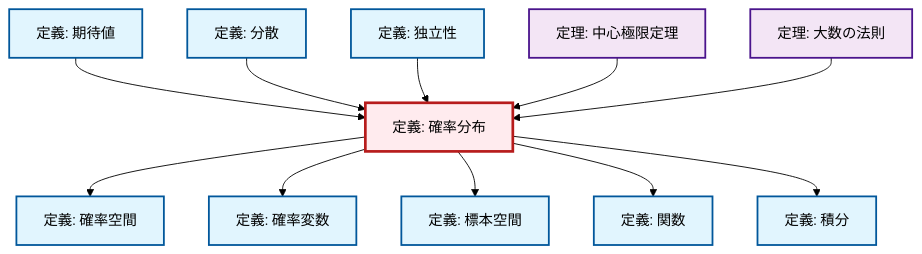
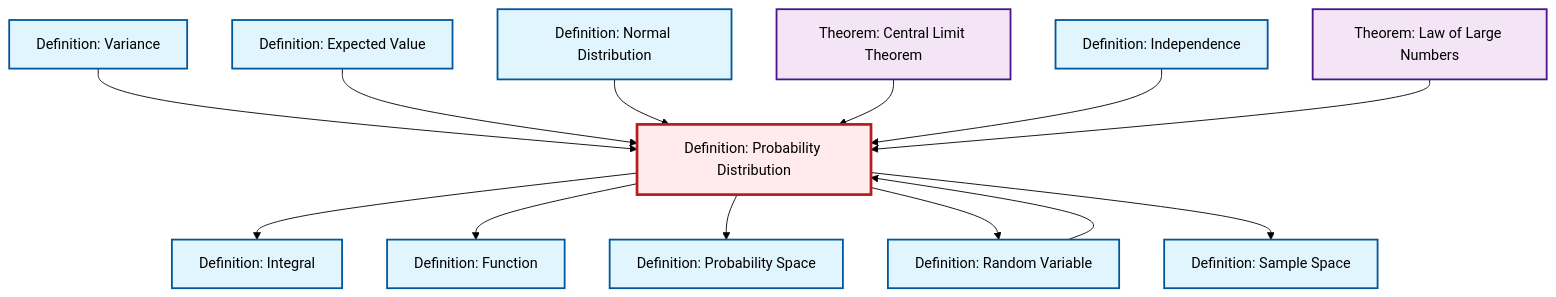
The diagram in content/ja/probability-statistics/def-probability-distribution.qmd (RK0429/ModernMath), drawn with Mermaid (forest theme) before and after one commit. The commit also changed other lines of this file and 634 other files, not shown here.

````diff
--- a/content/ja/probability-statistics/def-probability-distribution.qmd
+++ b/content/ja/probability-statistics/def-probability-distribution.qmd
@@ -100,41 +100,45 @@
 ```{mermaid}
 %%| fig-cap: "Local dependency graph"
 graph TD
     classDef definition fill:#e1f5fe,stroke:#01579b,stroke-width:2px
     classDef theorem fill:#f3e5f5,stroke:#4a148c,stroke-width:2px
     classDef axiom fill:#fff3e0,stroke:#e65100,stroke-width:2px
     classDef example fill:#e8f5e9,stroke:#1b5e20,stroke-width:2px
     classDef current fill:#ffebee,stroke:#b71c1c,stroke-width:3px
-    def-probability-space["定義: 確率空間"]:::definition
-    def-random-variable["定義: 確率変数"]:::definition
-    def-sample-space["定義: 標本空間"]:::definition
-    def-function["定義: 関数"]:::definition
-    def-integral["定義: 積分"]:::definition
-    def-probability-distribution["定義: 確率分布"]:::definition
-    def-expectation["定義: 期待値"]:::definition
-    def-variance["定義: 分散"]:::definition
-    def-independence["定義: 独立性"]:::definition
-    thm-central-limit["定理: 中心極限定理"]:::theorem
-    thm-law-of-large-numbers["定理: 大数の法則"]:::theorem
+    def-independence["Definition: Independence"]:::definition
+    thm-central-limit["Theorem: Central Limit Theorem"]:::theorem
+    def-probability-space["Definition: Probability Space"]:::definition
+    def-expectation["Definition: Expected Value"]:::definition
+    def-variance["Definition: Variance"]:::definition
+    def-probability-distribution["Definition: Probability Distribution"]:::definition
+    def-normal-distribution["Definition: Normal Distribution"]:::definition
+    def-function["Definition: Function"]:::definition
+    def-integral["Definition: Integral"]:::definition
+    def-sample-space["Definition: Sample Space"]:::definition
+    thm-law-of-large-numbers["Theorem: Law of Large Numbers"]:::theorem
+    def-random-variable["Definition: Random Variable"]:::definition
+    def-variance --> def-probability-distribution
+    def-expectation --> def-probability-distribution
+    def-normal-distribution --> def-probability-distribution
+    def-probability-distribution --> def-integral
+    def-probability-distribution --> def-function
     def-probability-distribution --> def-probability-space
+    thm-central-limit --> def-probability-distribution
     def-probability-distribution --> def-random-variable
+    def-independence --> def-probability-distribution
+    thm-law-of-large-numbers --> def-probability-distribution
     def-probability-distribution --> def-sample-space
-    def-probability-distribution --> def-function
-    def-probability-distribution --> def-integral
-    def-expectation --> def-probability-distribution
-    def-variance --> def-probability-distribution
-    def-independence --> def-probability-distribution
-    thm-central-limit --> def-probability-distribution
-    thm-law-of-large-numbers --> def-probability-distribution
+    def-random-variable --> def-probability-distribution
     class def-probability-distribution current
-    click def-probability-space "def-probability-space.html" "確率空間の定義へ"
-    click def-random-variable "def-random-variable.html" "確率変数の定義へ"
-    click def-sample-space "def-sample-space.html" "標本空間の定義へ"
-    click def-function "def-function.html" "関数の定義へ"
-    click def-integral "def-integral.html" "積分の定義へ"
-    click def-expectation "def-expectation.html" "期待値の定義へ"
-    click def-variance "def-variance.html" "分散の定義へ"
-    click def-independence "def-independence.html" "独立性の定義へ"
-    click thm-central-limit "thm-central-limit.html" "中心極限定理へ"
-    click thm-law-of-large-numbers "thm-law-of-large-numbers.html" "大数の法則へ"
+    click def-independence "def-independence.html" "Definition: Independenceへ"
+    click thm-central-limit "thm-central-limit.html" "Theorem: Central Limit Theoremへ"
+    click def-probability-space "def-probability-space.html" "Definition: Probability Spaceへ"
+    click def-expectation "def-expectation.html" "Definition: Expected Valueへ"
+    click def-variance "def-variance.html" "Definition: Varianceへ"
+    click def-normal-distribution "def-normal-distribution.html" "Definition: Normal Distributionへ"
+    click def-function "def-function.html" "Definition: Functionへ"
+    click def-integral "def-integral.html" "Definition: Integralへ"
+    click def-sample-space "def-sample-space.html" "Definition: Sample Spaceへ"
+    click thm-law-of-large-numbers "thm-law-of-large-numbers.html" "Theorem: Law of Large Numbersへ"
+    click def-random-variable "def-random-variable.html" "Definition: Random Variableへ"
 ```
````
